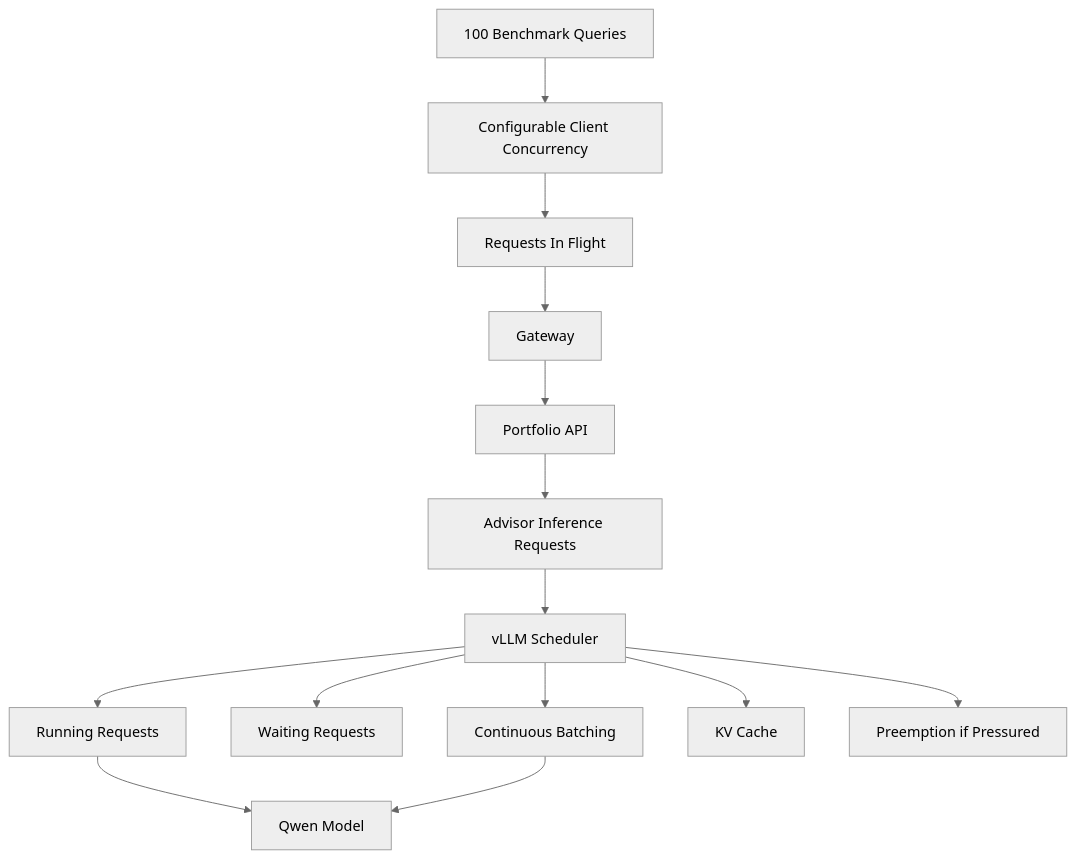
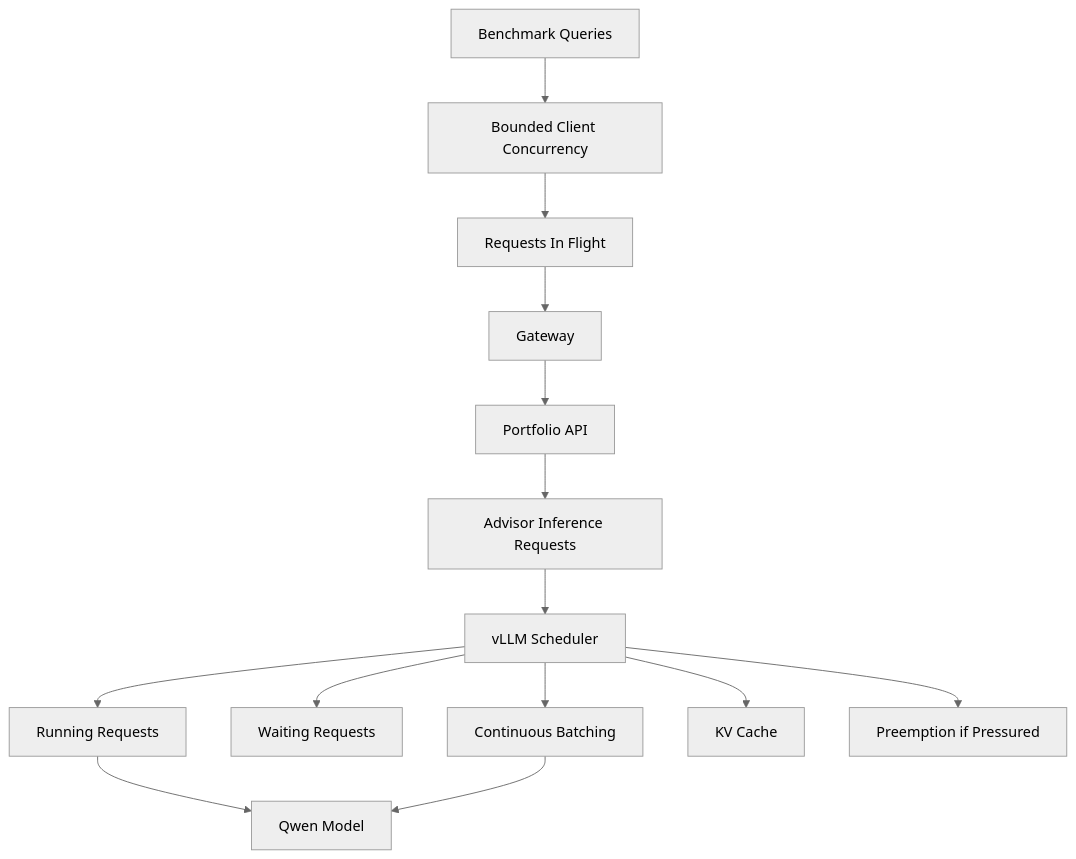
One commit to DHRUVSHARM/portfolio-systems-takehome changed the sixth of 6 diagrams in docs/demo1_diagrams.md. Above: the diagram before and after it, drawn with Mermaid (neutral theme). The commit also changed other lines of this file, not shown here.

Commit message:
align demo diagrams with verified baseline

````diff
--- a/docs/demo1_diagrams.md
+++ b/docs/demo1_diagrams.md
@@ -152,16 +152,16 @@
 ```mermaid
 flowchart TD
-    A[100 Benchmark Queries] --> B[Configurable Client Concurrency]
+    A[Benchmark Queries] --> B[Bounded Client Concurrency]
     B --> C[Requests In Flight]
     C --> D[Gateway]
     D --> E[Portfolio API]
     E --> F[Advisor Inference Requests]
     F --> G[vLLM Scheduler]
     G --> H[Running Requests]
     G --> I[Waiting Requests]
     G --> J[Continuous Batching]
     G --> K[KV Cache]
     G --> L[Preemption if Pressured]
     H --> M[Qwen Model]
     J --> M
 ```
````
